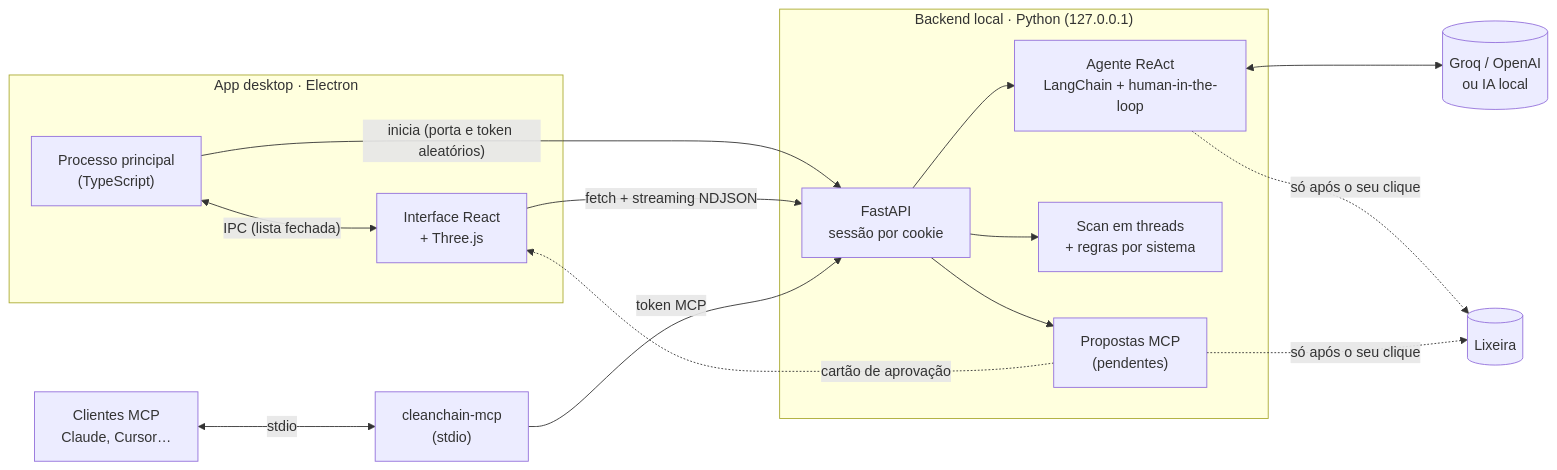
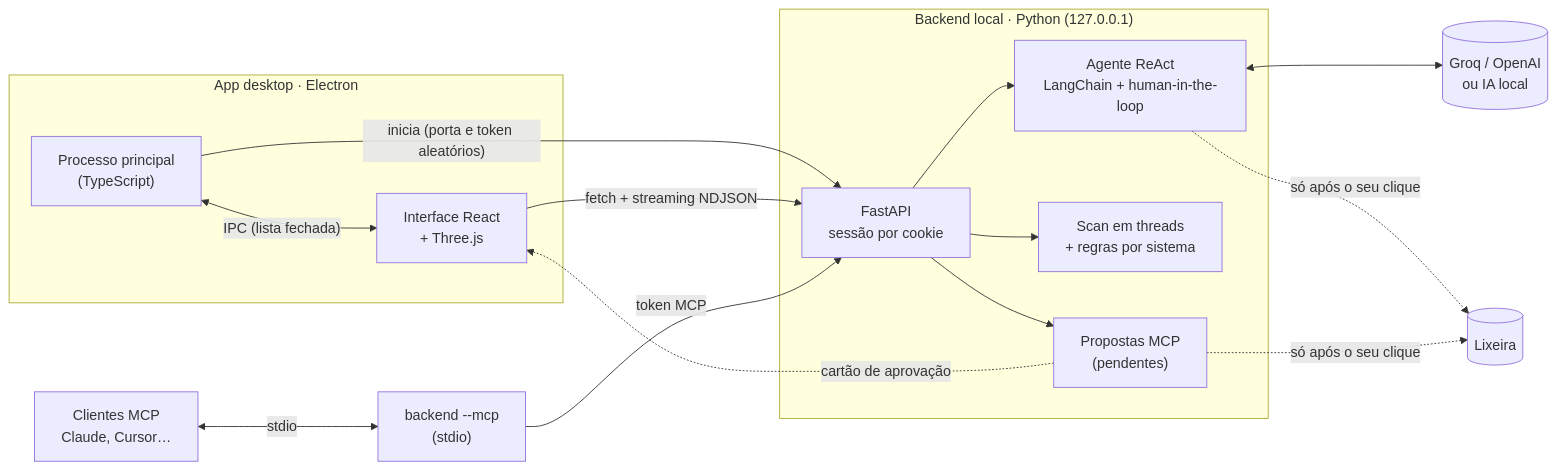
The second of 2 diagrams in README.md (GuiMRDS/CleanChain), drawn with Mermaid before and after one commit. The commit also changed other lines of this file and 13 other files, not shown here.

First line of the commit message:
feat: um executável só para backend e servidor MCP (--mcp)

````diff
--- a/README.md
+++ b/README.md
@@ -309,27 +313,27 @@
 ```mermaid
 flowchart LR
     subgraph App["App desktop · Electron"]
         MAIN["Processo principal<br/>(TypeScript)"]
         UI["Interface React<br/>+ Three.js"]
         MAIN <-- "IPC (lista fechada)" --> UI
     end
     subgraph Local["Backend local · Python (127.0.0.1)"]
         API["FastAPI<br/>sessão por cookie"]
         AG["Agente ReAct<br/>LangChain + human-in-the-loop"]
         SCAN["Scan em threads<br/>+ regras por sistema"]
         PROP["Propostas MCP<br/>(pendentes)"]
     end
     LLM[("Groq / OpenAI<br/>ou IA local")]
     CLI["Clientes MCP<br/>Claude, Cursor…"]
-    MCP["cleanchain-mcp<br/>(stdio)"]
+    MCP["backend --mcp<br/>(stdio)"]
     LIX[("Lixeira")]
 
     MAIN -- "inicia (porta e token aleatórios)" --> API
     UI -- "fetch + streaming NDJSON" --> API
     API --> AG & SCAN
     AG <--> LLM
     CLI <-- stdio --> MCP -- "token MCP" --> API --> PROP
     PROP -. "cartão de aprovação" .-> UI
     AG -. "só após o seu clique" .-> LIX
     PROP -. "só após o seu clique" .-> LIX
 ```
````
